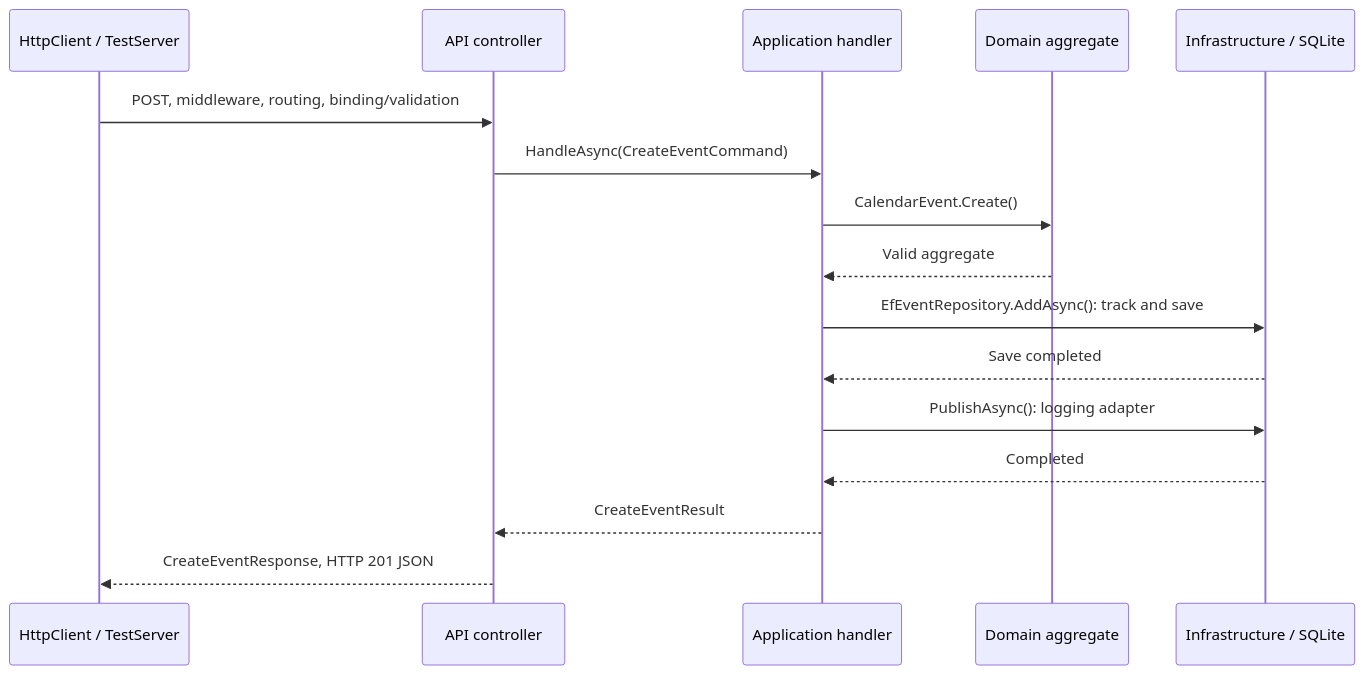
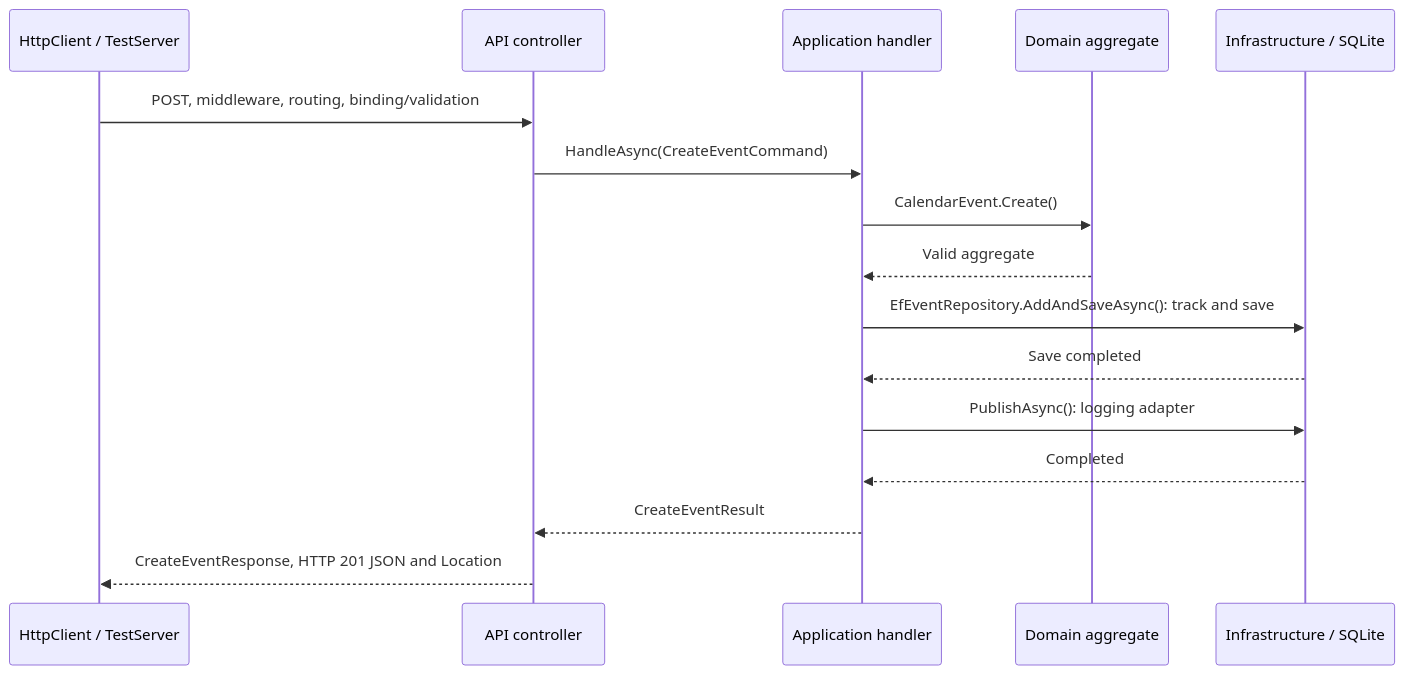
One commit to krebisz/AppointmentScheduler changed the fourth of 4 diagrams in TECHNICAL_REFERENCE.md. Above: the diagram before and after it, drawn with Mermaid. The commit also changed other lines of this file and 175 other files, not shown here.

````diff
--- a/TECHNICAL_REFERENCE.md
+++ b/TECHNICAL_REFERENCE.md
@@ -575,18 +586,18 @@
 ```mermaid
 sequenceDiagram
     participant H as HttpClient / TestServer
     participant A as API controller
     participant U as Application handler
     participant D as Domain aggregate
     participant I as Infrastructure / SQLite
     H->>A: POST, middleware, routing, binding/validation
     A->>U: HandleAsync(CreateEventCommand)
     U->>D: CalendarEvent.Create()
     D-->>U: Valid aggregate
-    U->>I: EfEventRepository.AddAsync(): track and save
+    U->>I: EfEventRepository.AddAndSaveAsync(): track and save
     I-->>U: Save completed
     U->>I: PublishAsync(): logging adapter
     I-->>U: Completed
     U-->>A: CreateEventResult
-    A-->>H: CreateEventResponse, HTTP 201 JSON
+    A-->>H: CreateEventResponse, HTTP 201 JSON and Location
 ```
````
